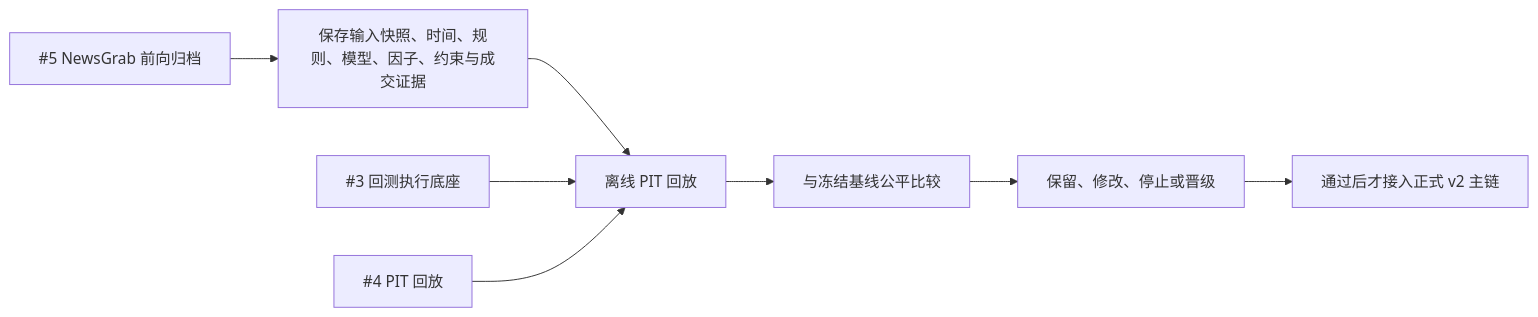
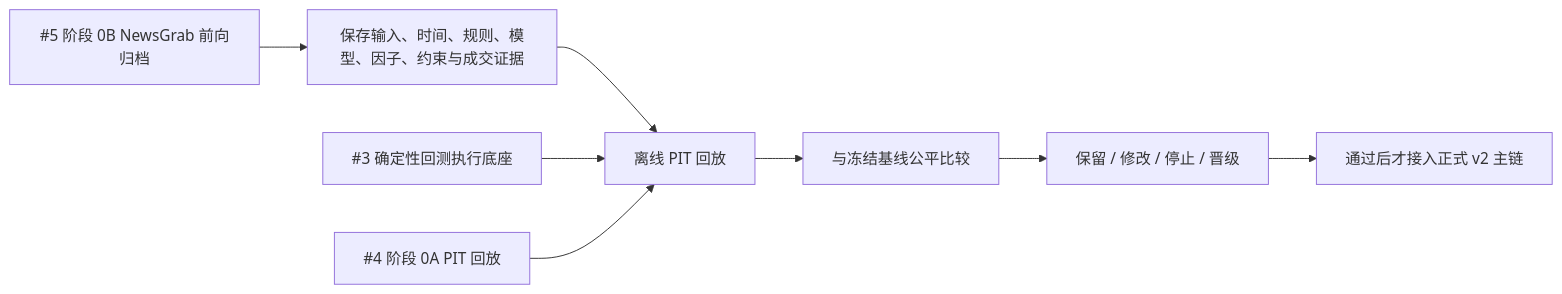
One commit to cloud2ai/daily_stock_analysis changed the third of 4 diagrams in research/mainline/DSA_v2目标架构与递进验证路线.md. Above: the diagram before and after it, drawn with Mermaid. The commit also changed other lines of this file, not shown here.

Commit message:
docs: expand v2 architecture diagrams

````diff
--- a/research/mainline/DSA_v2目标架构与递进验证路线.md
+++ b/research/mainline/DSA_v2目标架构与递进验证路线.md
@@ -80,14 +305,14 @@
 ```mermaid
 flowchart LR
-    snapshot["保存输入快照、时间、规则、模型、因子、约束与成交证据"]
+    evidence["保存输入、时间、规则、模型、因子、约束与成交证据"]
     replay["离线 PIT 回放"]
-    compare["与冻结基线公平比较"]
-    decision["保留、修改、停止或晋级"]
-    production["通过后才接入正式 v2 主链"]
+    baseline["与冻结基线公平比较"]
+    decision["保留 / 修改 / 停止 / 晋级"]
+    promotion["通过后才接入正式 v2 主链"]
 
-    snapshot --> replay --> compare --> decision --> production
+    evidence --> replay --> baseline --> decision --> promotion
 
-    engine["#3 回测执行底座"] --> replay
-    pit["#4 PIT 回放"] --> replay
-    archive["#5 NewsGrab 前向归档"] --> snapshot
+    engine["#3 确定性回测执行底座"] --> replay
+    pit["#4 阶段 0A PIT 回放"] --> replay
+    archive["#5 阶段 0B NewsGrab 前向归档"] --> evidence
 ```
````
